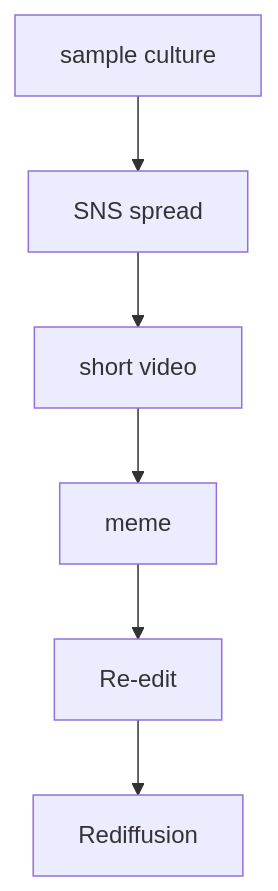
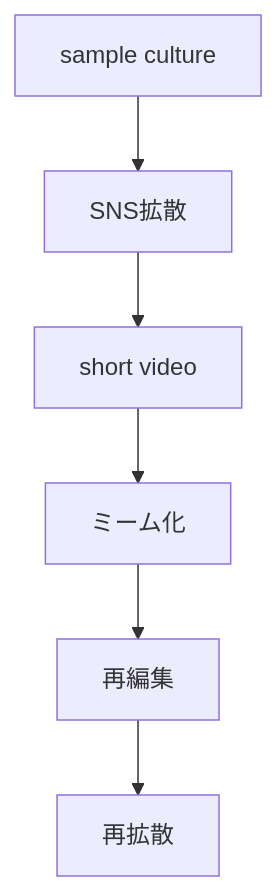
The seventh of 8 diagrams in en/_posts/2026-05-24-column-free-sample-music.md (monumental-movement/monumental-movement.github.io), drawn with Mermaid before and after one commit. The commit also changed other lines of this file and 2196 other files, not shown here.

```diff
--- a/en/_posts/2026-05-24-column-free-sample-music.md
+++ b/en/_posts/2026-05-24-column-free-sample-music.md
@@ -574,8 +573,8 @@
 <div class="mermaid">
 flowchart TD
-A[sample culture] --> B[SNS spread]
+A[sample culture] --> B[SNS拡散]
 B --> C[short video]
-C --> D[meme]
-D --> E[Re-edit]
-E --> F[Rediffusion]
+C --> D[ミーム化]
+D --> E[再編集]
+E --> F[再拡散]
 </div>
```
